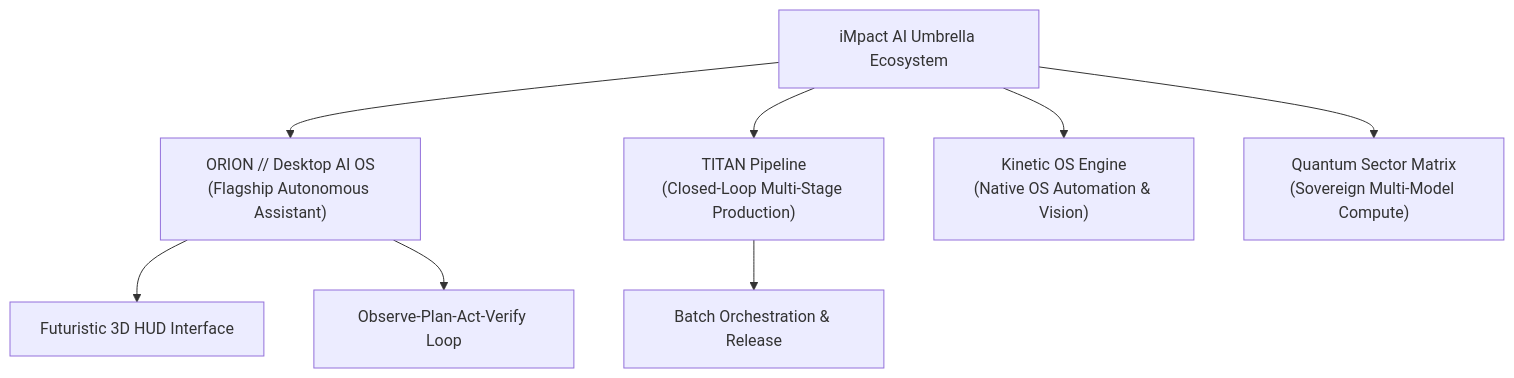
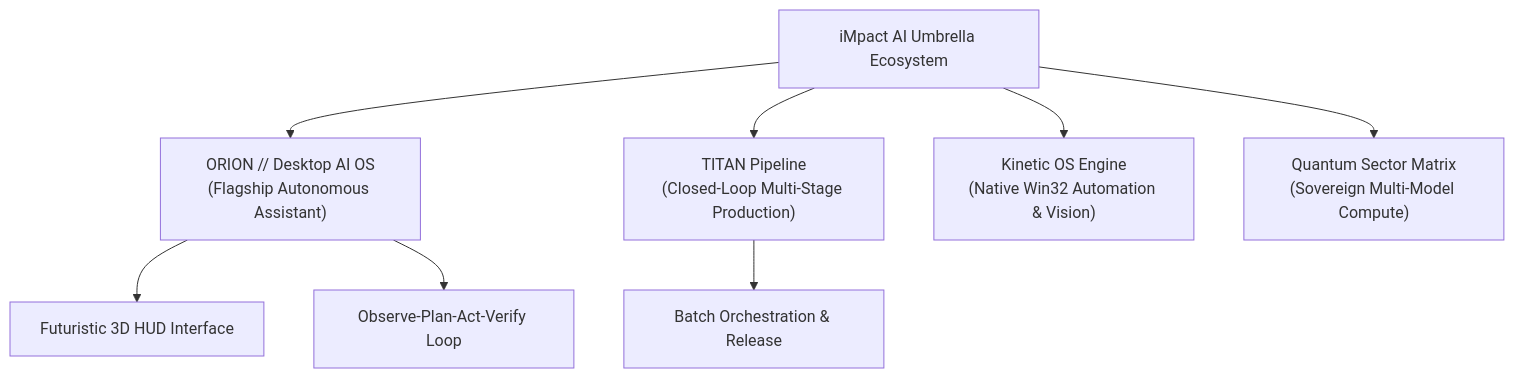
The diagram in README.md (iMpacts-AI/iMpact), drawn with Mermaid before and after one commit. The commit also changed other lines of this file, not shown here.

````diff
--- a/README.md
+++ b/README.md
@@ -34,11 +35,11 @@
 ```mermaid
 graph TD
     IMPACT["iMpact AI Umbrella Ecosystem"] --> ORION["ORION // Desktop AI OS\n(Flagship Autonomous Assistant)"]
     IMPACT --> TITAN["TITAN Pipeline\n(Closed-Loop Multi-Stage Production)"]
-    IMPACT --> KINETIC["Kinetic OS Engine\n(Native OS Automation & Vision)"]
+    IMPACT --> KINETIC["Kinetic OS Engine\n(Native Win32 Automation & Vision)"]
     IMPACT --> SECTORS["Quantum Sector Matrix\n(Sovereign Multi-Model Compute)"]
 
     ORION --> ORION_HUD["Futuristic 3D HUD Interface"]
     ORION --> ORION_EXEC["Observe-Plan-Act-Verify Loop"]
     TITAN --> TITAN_EXP["Batch Orchestration & Release"]
 ```
````
